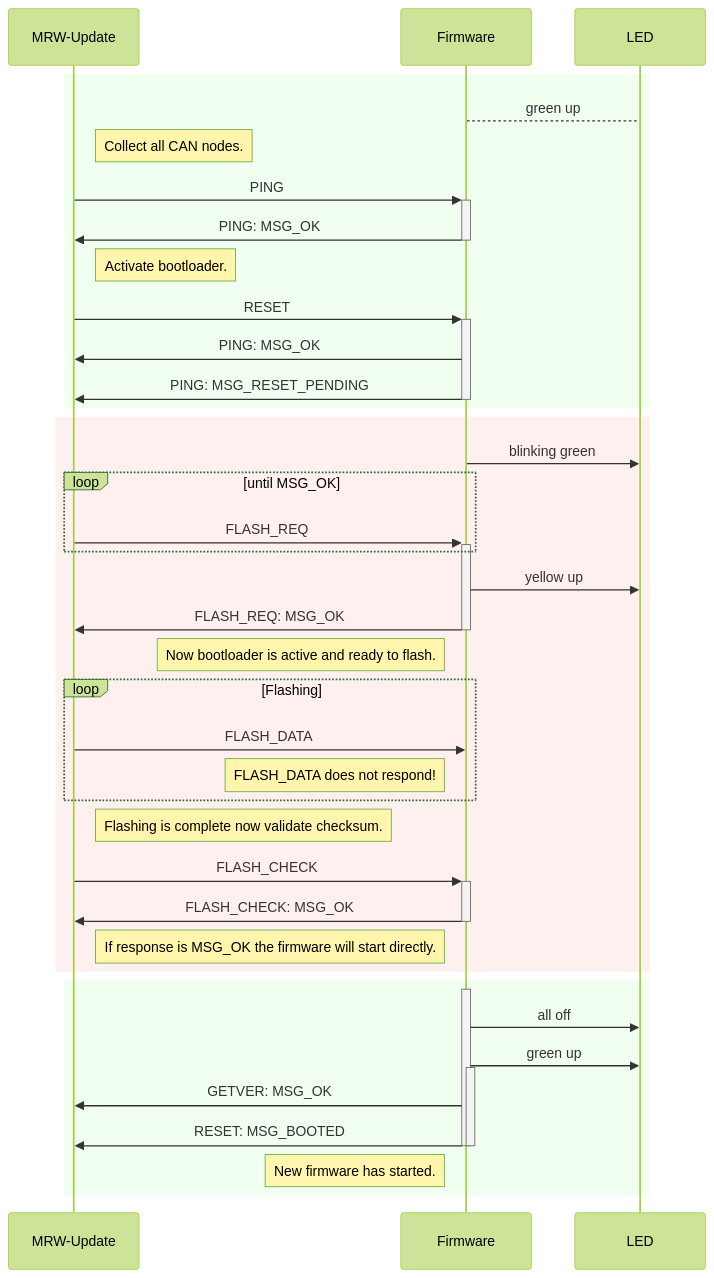
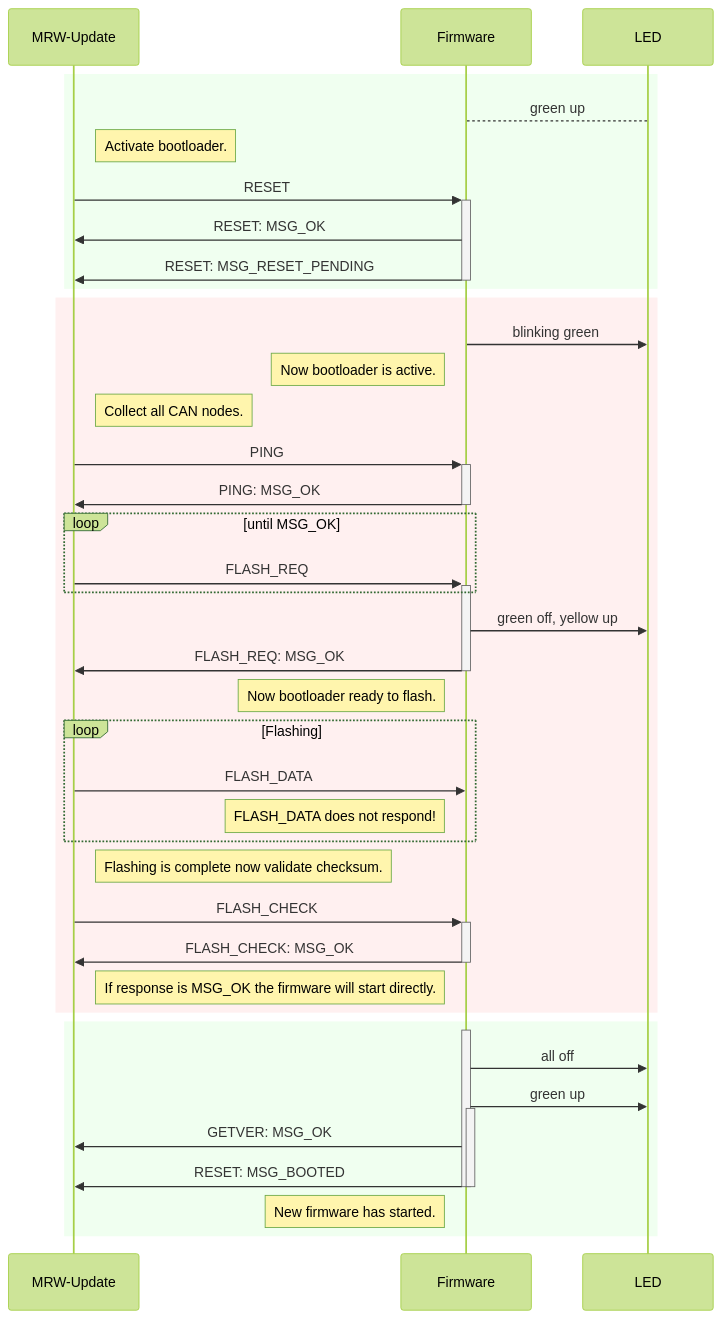
Before and after one commit to stmork/mrw-track-control-ng: the diagram in tools/update/README.md, drawn with Mermaid (forest theme). The commit also changed other lines of this file, not shown here.

````diff
--- a/tools/update/README.md
+++ b/tools/update/README.md
@@ -29,53 +28,54 @@
 ```mermaid
 sequenceDiagram
 	Participant T as MRW-Update
 	Participant F as Firmware
 
 	rect rgb(240,255,240)
 		F --> LED: green up
 
+		Note right of T: Activate bootloader.
+		T ->> +F: RESET
+		F ->>  T: RESET: MSG_OK
+		F ->> -T: RESET: MSG_RESET_PENDING
+	end
+
+	rect rgb(255,240,240)
+		F ->> LED: blinking green
+		Note left of F: Now bootloader is active.
 		Note right of T: Collect all CAN nodes.
 		T ->> +F: PING
 		F ->> -T: PING: MSG_OK
 
-		Note right of T: Activate bootloader.
-		T ->> +F: RESET
-		F ->>  T: PING: MSG_OK
-		F ->> -T: PING: MSG_RESET_PENDING
-	end
-
-	rect rgb(255,240,240)
-		F ->> LED: blinking green
 		loop until MSG_OK
 			T ->> +F: FLASH_REQ
 		end
-		F ->> LED: yellow up
+		F ->> LED: green off, yellow up
 		F ->> -T: FLASH_REQ: MSG_OK
 
-		Note left of F: Now bootloader is active and ready to flash.
+		Note left of F: Now bootloader ready to flash.
 		loop Flashing
 			T ->> F: FLASH_DATA
 		Note left of F: FLASH_DATA does not respond!
 		end
 
 		Note right of T: Flashing is complete now validate checksum.
 		T ->> +F: FLASH_CHECK
 
 		F ->> -T: FLASH_CHECK: MSG_OK
 		Note left of F: If response is MSG_OK the firmware will start  directly.
 	end
 
 	rect rgb(240,255,240)
 		activate F
 		F ->> LED: all off
 
 		F ->> LED: green up
 		activate F
 
 		F ->> T: GETVER: MSG_OK
 		F ->> T: RESET: MSG_BOOTED
 		deactivate F
 		deactivate F
 		Note left of F: New firmware has started.
 	end
 ```
````
